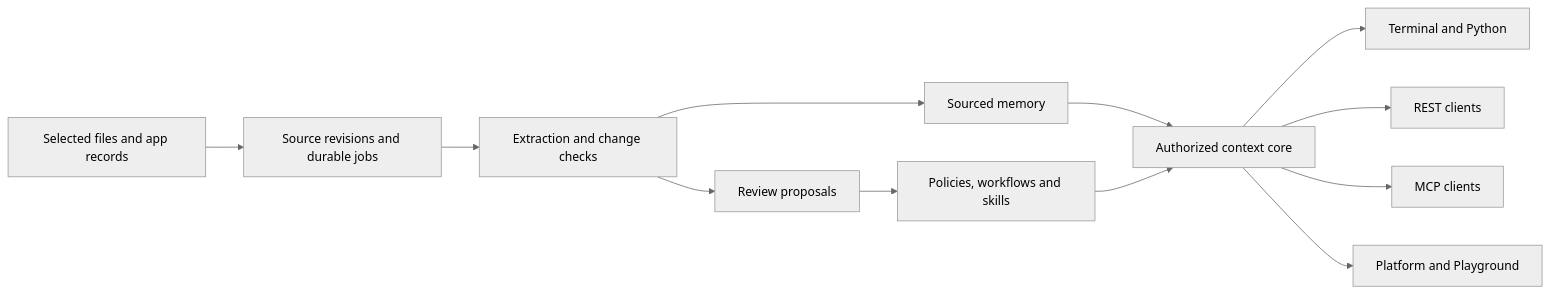
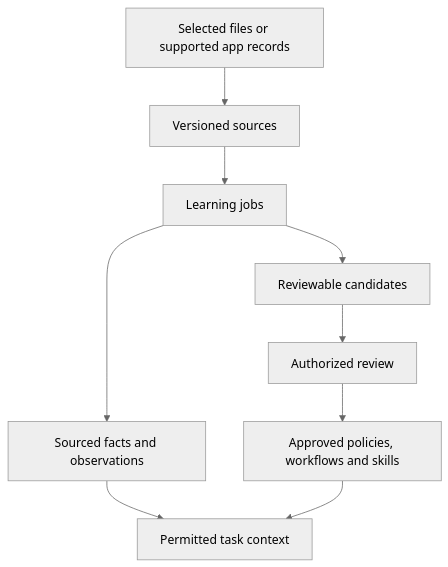
The third of 6 diagrams in README.md (Atmet-AI/Atmet-brain), drawn with Mermaid (neutral theme) before and after one commit. The commit also changed other lines of this file and 32 other files, not shown here.

Commit message:
Explain company setup and architecture for v0.1.1

````diff
--- a/README.md
+++ b/README.md
@@ -46,14 +107,11 @@
 ```mermaid
-flowchart LR
-    Sources[Selected files and app records] --> Ingest[Source revisions and durable jobs]
-    Ingest --> Learn[Extraction and change checks]
-    Learn --> Memory[Sourced memory]
-    Learn --> Review[Review proposals]
-    Review --> Approved[Policies, workflows and skills]
-    Memory --> Core[Authorized context core]
-    Approved --> Core
-    Core --> CLI[Terminal and Python]
-    Core --> REST[REST clients]
-    Core --> MCP[MCP clients]
-    Core --> Clients[Platform and Playground]
+flowchart TB
+    Selected["Selected files or supported app records"] --> Sources["Versioned sources"]
+    Sources --> Jobs["Learning jobs"]
+    Jobs --> Memory["Sourced facts and observations"]
+    Jobs --> Drafts["Reviewable candidates"]
+    Drafts --> Review["Authorized review"]
+    Review --> Approved["Approved policies, workflows and skills"]
+    Memory --> Context["Permitted task context"]
+    Approved --> Context
 ```
````
